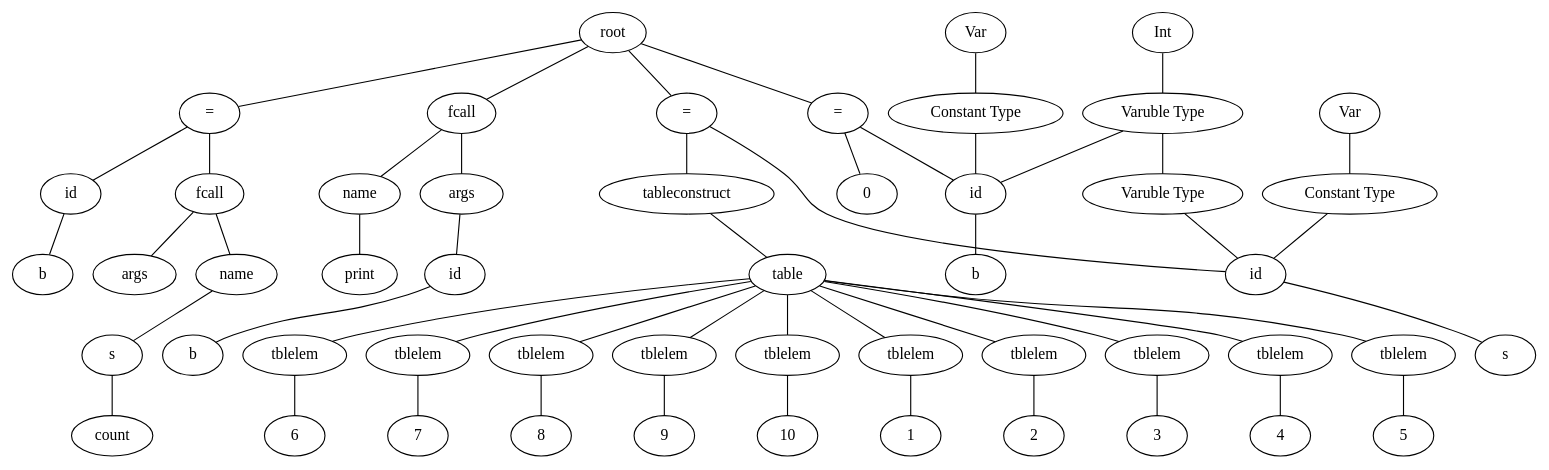
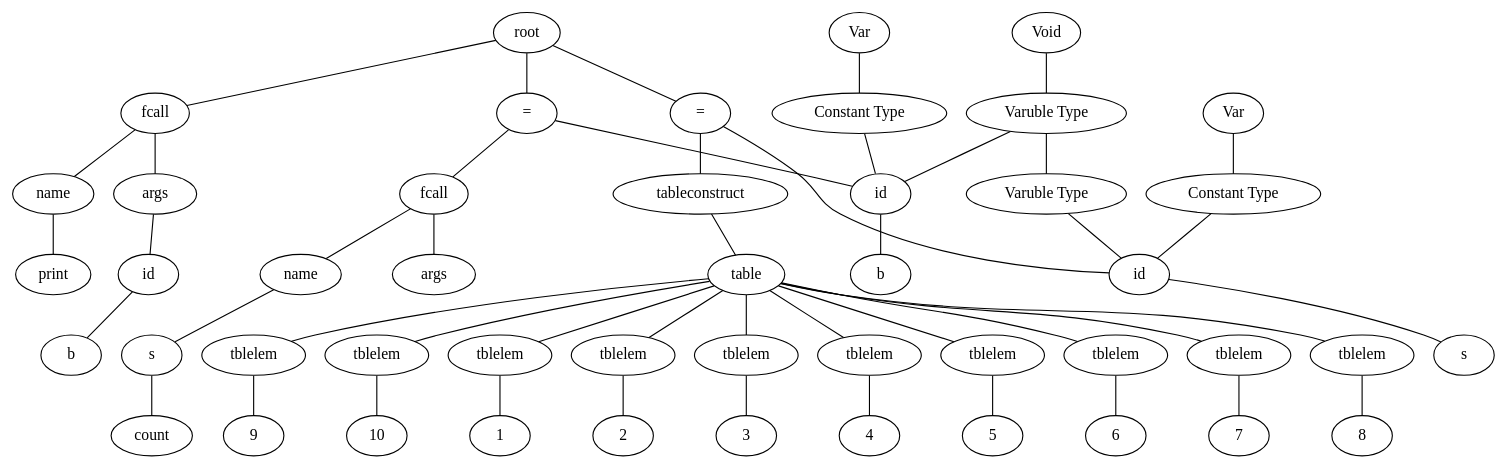
The diagram in build/file.dot (TAIIOK/SwiftCompilerToJavaByteCode), drawn with Graphviz before and after one commit. The commit also changed 9 other files, not shown here.

Commit message:
fix assign  .count() method

```diff
--- a/build/file.dot
+++ b/build/file.dot
@@ -1,105 +1,97 @@
 graph graphname {
 root;
 assign0[label = "="];
 root--assign0;
 expr0[label = "id"];
 assign0--expr0;
 type0[label = "Varuble Type"];
 type0--expr0;
 type1[label = "Int"];
 type1--type0;
 consttype0[label = "Constant Type"];
 consttype0--expr0;
 consttype1[label = "Var"];
 consttype1--consttype0;
 expr1[label = "s"];
 expr0--expr1;
 expr2[label = "tableconstruct"];
 assign0--expr2;
 table0[label = "table"];
 expr2--table0;
 table00[label = "tblelem"];
 table0--table00;
 expr3[label = "1"];
 table00--expr3;
 table01[label = "tblelem"];
 table0--table01;
 expr4[label = "2"];
 table01--expr4;
 table02[label = "tblelem"];
 table0--table02;
 expr5[label = "3"];
 table02--expr5;
 table03[label = "tblelem"];
 table0--table03;
 expr6[label = "4"];
 table03--expr6;
 table04[label = "tblelem"];
 table0--table04;
 expr7[label = "5"];
 table04--expr7;
 table05[label = "tblelem"];
 table0--table05;
 expr8[label = "6"];
 table05--expr8;
 table06[label = "tblelem"];
 table0--table06;
 expr9[label = "7"];
 table06--expr9;
 table07[label = "tblelem"];
 table0--table07;
 expr10[label = "8"];
 table07--expr10;
 table08[label = "tblelem"];
 table0--table08;
 expr11[label = "9"];
 table08--expr11;
 table09[label = "tblelem"];
 table0--table09;
 expr12[label = "10"];
 table09--expr12;
 assign1[label = "="];
 root--assign1;
 expr13[label = "id"];
 assign1--expr13;
 type1[label = "Varuble Type"];
 type1--expr13;
-type2[label = "Int"];
+type2[label = "Void"];
 type2--type1;
 consttype2[label = "Constant Type"];
 consttype2--expr13;
 consttype3[label = "Var"];
 consttype3--consttype2;
 expr14[label = "b"];
 expr13--expr14;
-expr15[label = "0"];
+expr15[label = "fcall"];
 assign1--expr15;
-assign2[label = "="];
-root--assign2;
-expr16[label = "id"];
-assign2--expr16;
-expr17[label = "b"];
+expr15name[label = "name"];
+expr16[label = "s"];
+expr15name--expr16;
+expr17[label = "count"];
 expr16--expr17;
+expr15--expr15name;
+expr15args[label = " args "];
+expr15 -- expr15args;
 expr18[label = "fcall"];
-assign2--expr18;
+root--expr18;
 expr18name[label = "name"];
-expr19[label = "s"];
+expr19[label = "print"];
 expr18name--expr19;
-expr20[label = "count"];
-expr19--expr20;
 expr18--expr18name;
 expr18args[label = " args "];
 expr18 -- expr18args;
-expr21[label = "fcall"];
-root--expr21;
-expr21name[label = "name"];
-expr22[label = "print"];
-expr21name--expr22;
-expr21--expr21name;
-expr21args[label = " args "];
-expr21 -- expr21args;
-expr23[label = "id"];
-expr21args--expr23;
-expr24[label = "b"];
-expr23--expr24;
+expr20[label = "id"];
+expr18args--expr20;
+expr21[label = "b"];
+expr20--expr21;
 }
```
